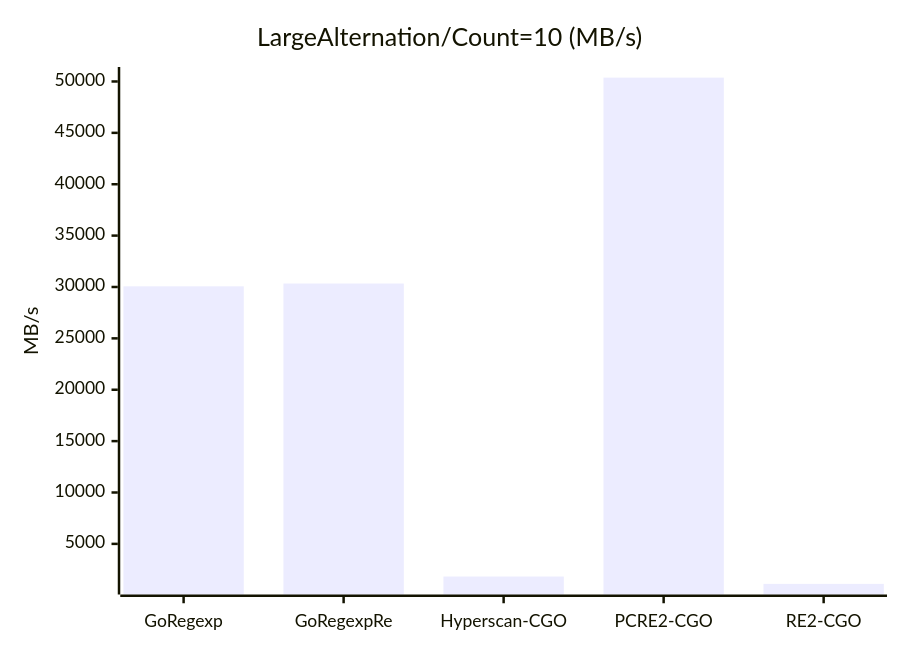
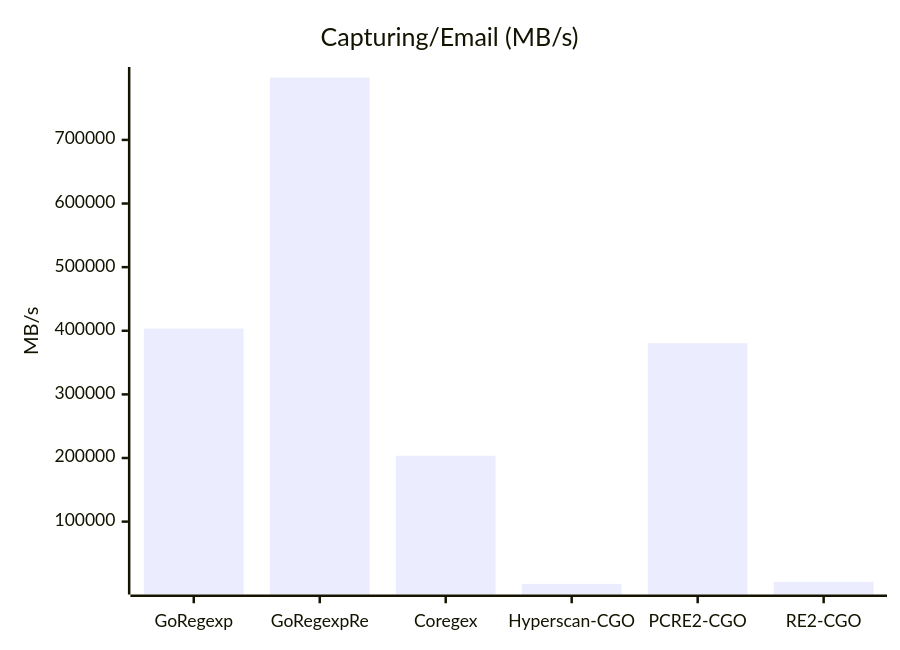
One commit to kamichidu/go-regexp-re changed the sixth of 47 diagrams in _benchmark_results/cgo_engines.md. Above: the diagram before and after it, drawn with Mermaid. The commit also changed other lines of this file and 3 other files, not shown here.

````diff
--- a/_benchmark_results/cgo_engines.md
+++ b/_benchmark_results/cgo_engines.md
@@ -99,7 +151,7 @@
 ```mermaid
 xychart-beta
-    title "LargeAlternation/Count=10 (MB/s)"
-    x-axis ["GoRegexp", "GoRegexpRe", "Hyperscan-CGO", "PCRE2-CGO", "RE2-CGO"]
+    title "Capturing/Email (MB/s)"
+    x-axis ["GoRegexp", "GoRegexpRe", "Coregex", "Hyperscan-CGO", "PCRE2-CGO", "RE2-CGO"]
     y-axis "MB/s"
-    bar [30063.60, 30334.13, 1822.97, 50374.61, 1107.26]
+    bar [403474.44, 797909.20, 203578.36, 2133.28, 380432.44, 5385.81]
 ```
````
